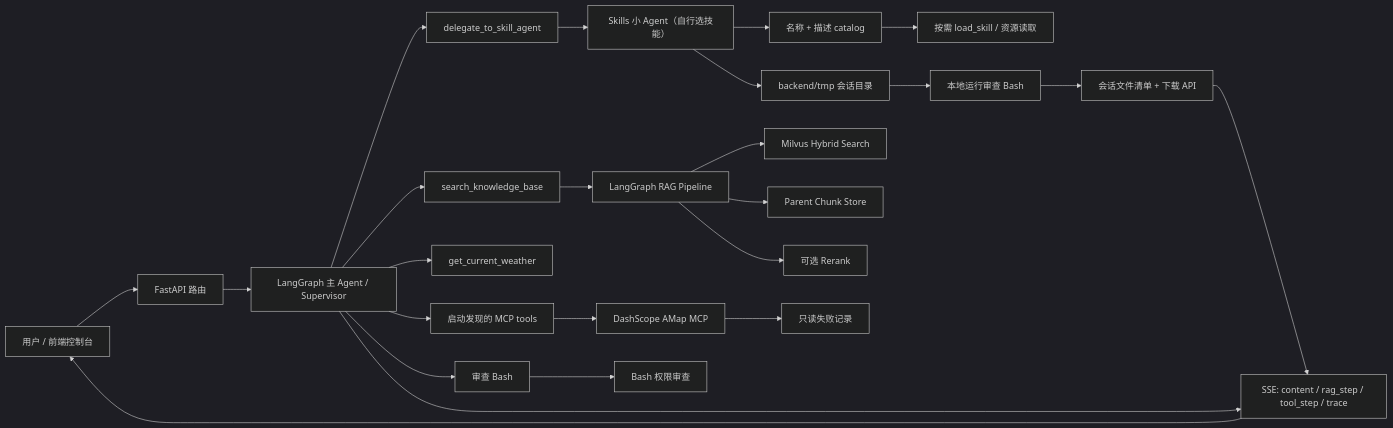
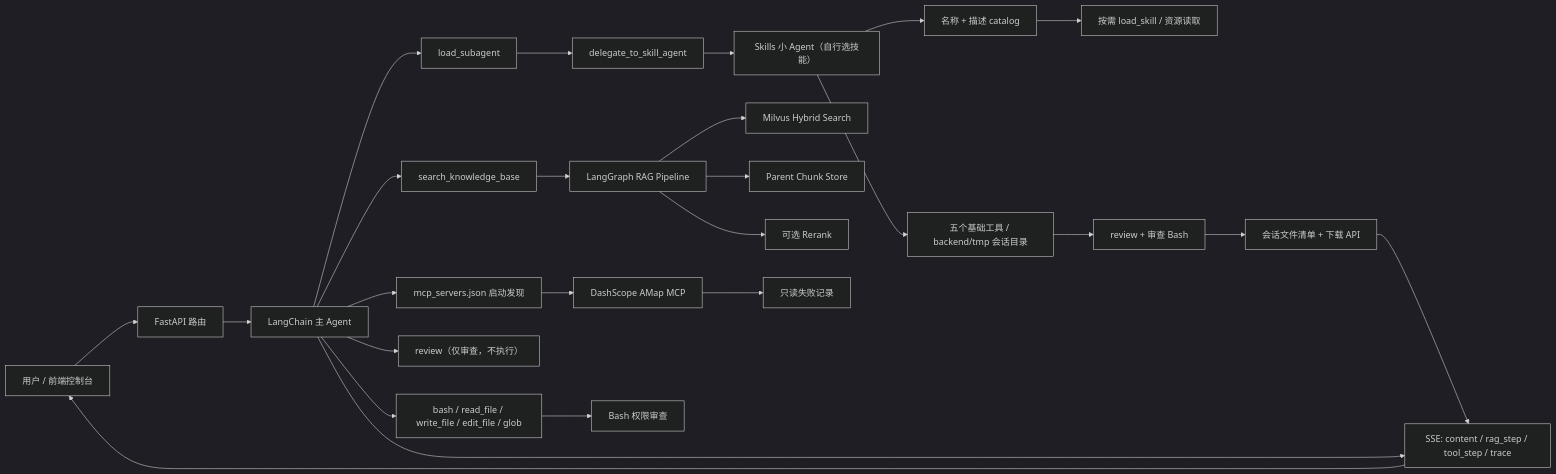
One commit to ichliebewxy/Agent_Console changed the diagram in README.md. Above: the diagram before and after it, drawn with Mermaid (dark theme). The commit also changed other lines of this file and 16 other files, not shown here.

````diff
--- a/README.md
+++ b/README.md
@@ -45,26 +47,27 @@
 ```mermaid
 flowchart LR
   U["用户 / 前端控制台"] --> API["FastAPI 路由"]
-  API --> Supervisor["LangGraph 主 Agent / Supervisor"]
-  Supervisor --> Gateway["delegate_to_skill_agent"]
+  API --> Supervisor["LangChain 主 Agent"]
+  Supervisor --> Loader["load_subagent"]
+  Loader --> Gateway["delegate_to_skill_agent"]
   Supervisor --> KB["search_knowledge_base"]
-  Supervisor --> WeatherTool["get_current_weather"]
-  Supervisor --> Bash["审查 Bash"]
-  Supervisor --> MCP["启动发现的 MCP tools"]
+  Supervisor --> Core["bash / read_file / write_file / edit_file / glob"]
+  Supervisor --> Review["review（仅审查，不执行）"]
+  Supervisor --> MCP["mcp_servers.json 启动发现"]
   MCP --> AMap["DashScope AMap MCP"]
   Gateway --> Skills["Skills 小 Agent（自行选技能）"]
   Skills --> Catalog["名称 + 描述 catalog"]
   Catalog --> SkillBody["按需 load_skill / 资源读取"]
-  Skills --> Workspace["backend/tmp 会话目录"]
-  Workspace --> LocalRun["本地运行审查 Bash"]
+  Skills --> Workspace["五个基础工具 / backend/tmp 会话目录"]
+  Workspace --> LocalRun["review + 审查 Bash"]
   LocalRun --> Artifacts["会话文件清单 + 下载 API"]
   Artifacts --> SSE
   KB --> RAG["LangGraph RAG Pipeline"]
   RAG --> Milvus["Milvus Hybrid Search"]
   RAG --> Parent["Parent Chunk Store"]
   RAG --> Rerank["可选 Rerank"]
   Supervisor --> SSE["SSE: content / rag_step / tool_step / trace"]
   SSE --> U
   AMap --> Ops["只读失败记录"]
-  Bash --> Audit["Bash 权限审查"]
+  Core --> Audit["Bash 权限审查"]
 ```
````
